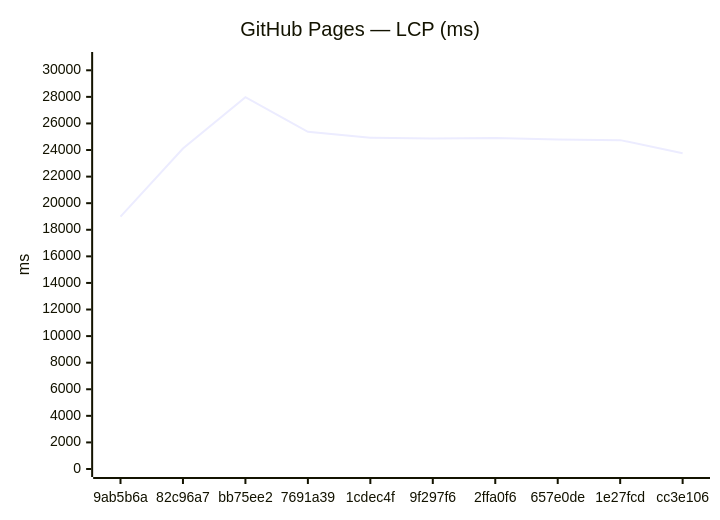
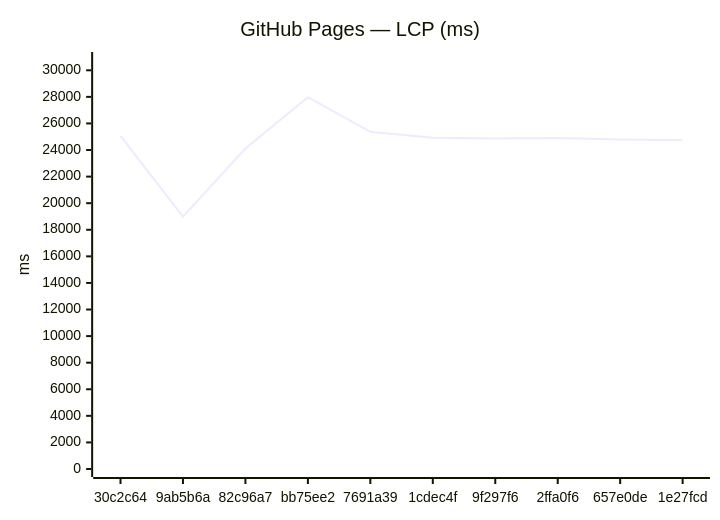
The third of 18 diagrams in benchmarks/compare.md (Metaheurist/Rianell), drawn with Mermaid before and after one commit. The commit also changed other lines of this file and 11 other files, not shown here.

````diff
--- a/benchmarks/compare.md
+++ b/benchmarks/compare.md
@@ -54,7 +54,7 @@
 ```mermaid
 xychart-beta
     title "GitHub Pages — LCP (ms)"
-    x-axis ["9ab5b6a", "82c96a7", "bb75ee2", "7691a39", "1cdec4f", "9f297f6", "2ffa0f6", "657e0de", "1e27fcd", "cc3e106"]
+    x-axis ["30c2c64", "9ab5b6a", "82c96a7", "bb75ee2", "7691a39", "1cdec4f", "9f297f6", "2ffa0f6", "657e0de", "1e27fcd"]
     y-axis "ms" 0 --> 30774
-    line [18985, 24113, 27976, 25370, 24933, 24873, 24910, 24797, 24744, 23765]
+    line [25064, 18985, 24113, 27976, 25370, 24933, 24873, 24910, 24797, 24744]
 ```
````
